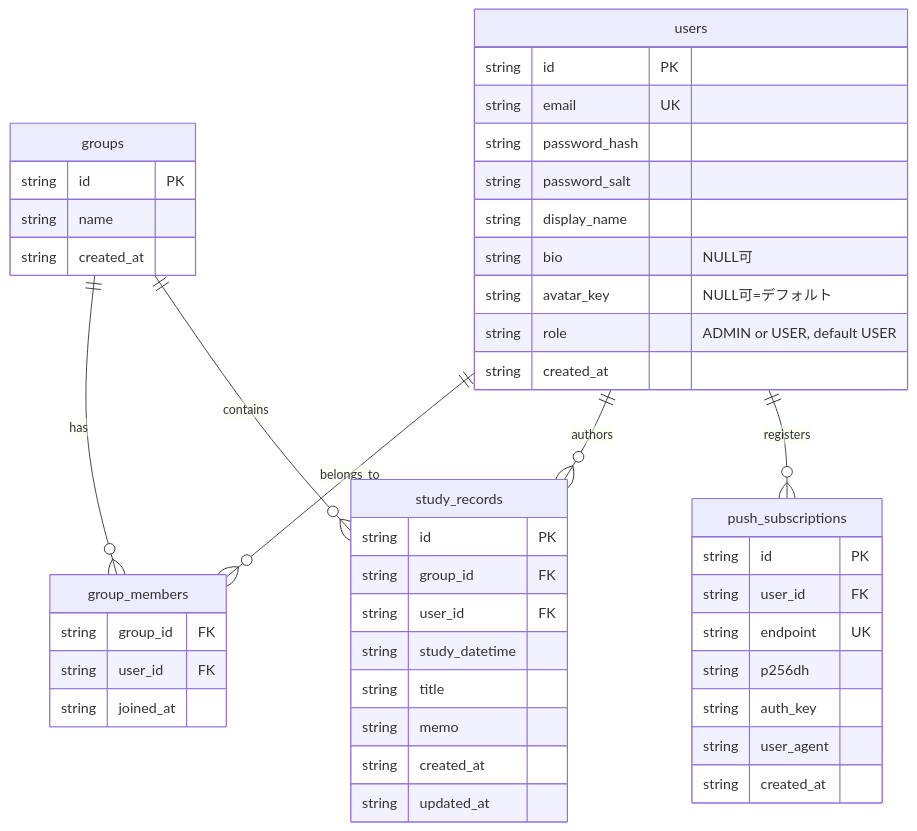
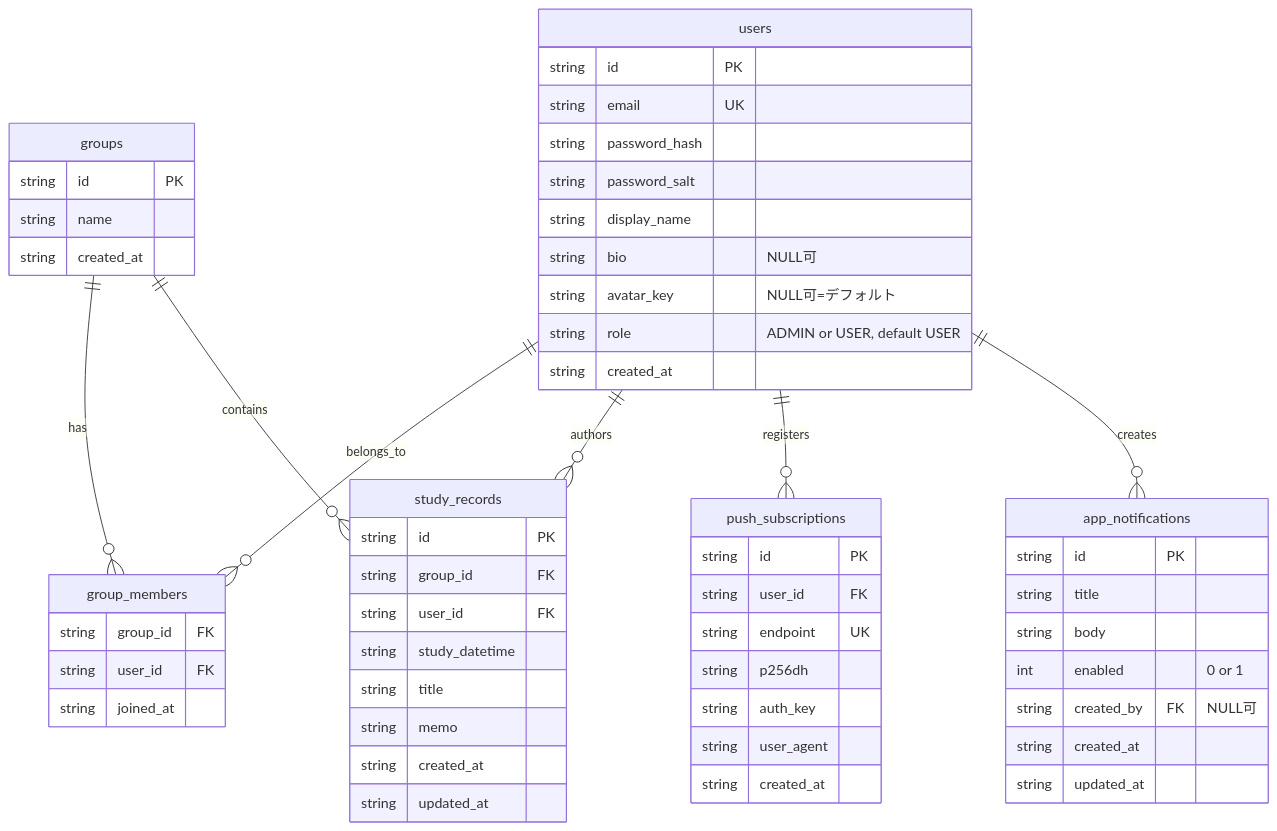
Before and after one commit to Hossori/shared-study-logger: the diagram in docs/data-model.md, drawn with Mermaid. The commit also changed other lines of this file and 44 other files, not shown here.

````diff
--- a/docs/data-model.md
+++ b/docs/data-model.md
@@ -8,49 +8,59 @@
 ```mermaid
 erDiagram
   users ||--o{ group_members : belongs_to
   groups ||--o{ group_members : has
   groups ||--o{ study_records : contains
   users ||--o{ study_records : authors
   users ||--o{ push_subscriptions : registers
+  users ||--o{ app_notifications : creates
 
   users {
     string id PK
     string email UK
     string password_hash
     string password_salt
     string display_name
     string bio "NULL可"
     string avatar_key "NULL可=デフォルト"
     string role "ADMIN or USER, default USER"
     string created_at
   }
   groups {
     string id PK
     string name
     string created_at
   }
   group_members {
     string group_id FK
     string user_id FK
     string joined_at
   }
   study_records {
     string id PK
     string group_id FK
     string user_id FK
     string study_datetime
     string title
     string memo
     string created_at
     string updated_at
   }
   push_subscriptions {
     string id PK
     string user_id FK
     string endpoint UK
     string p256dh
     string auth_key
     string user_agent
     string created_at
   }
+  app_notifications {
+    string id PK
+    string title
+    string body
+    int enabled "0 or 1"
+    string created_by FK "NULL可"
+    string created_at
+    string updated_at
+  }
 ```
````
